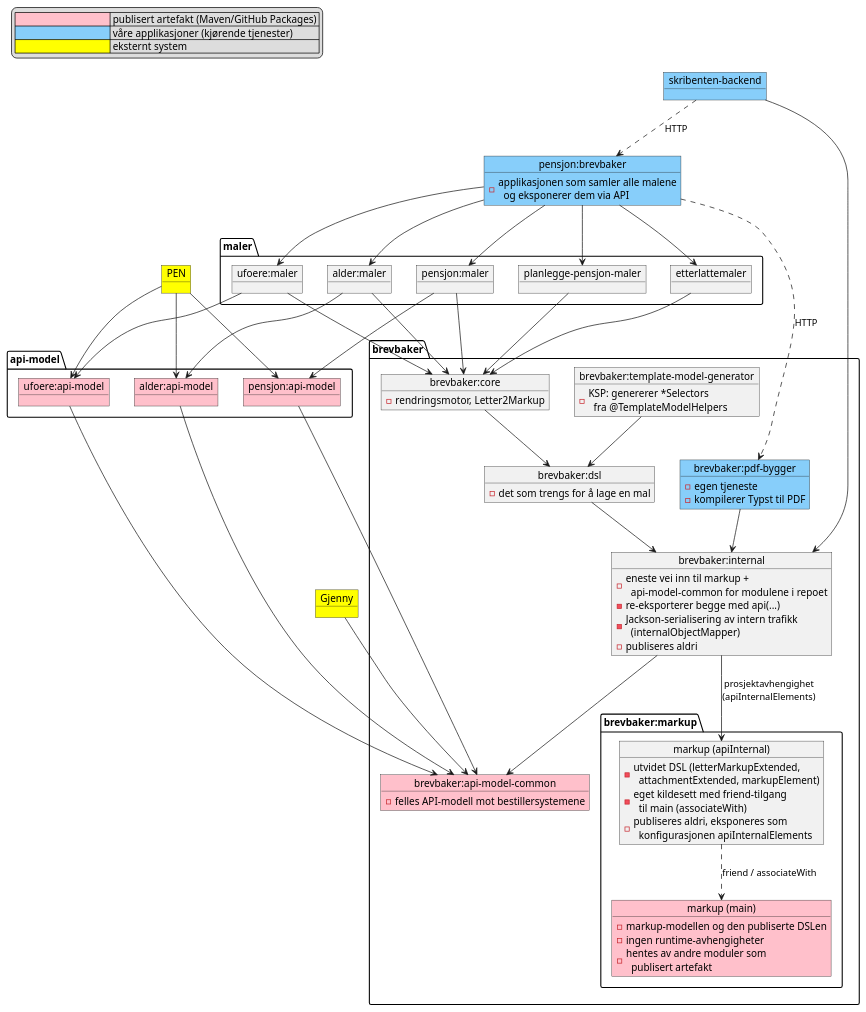
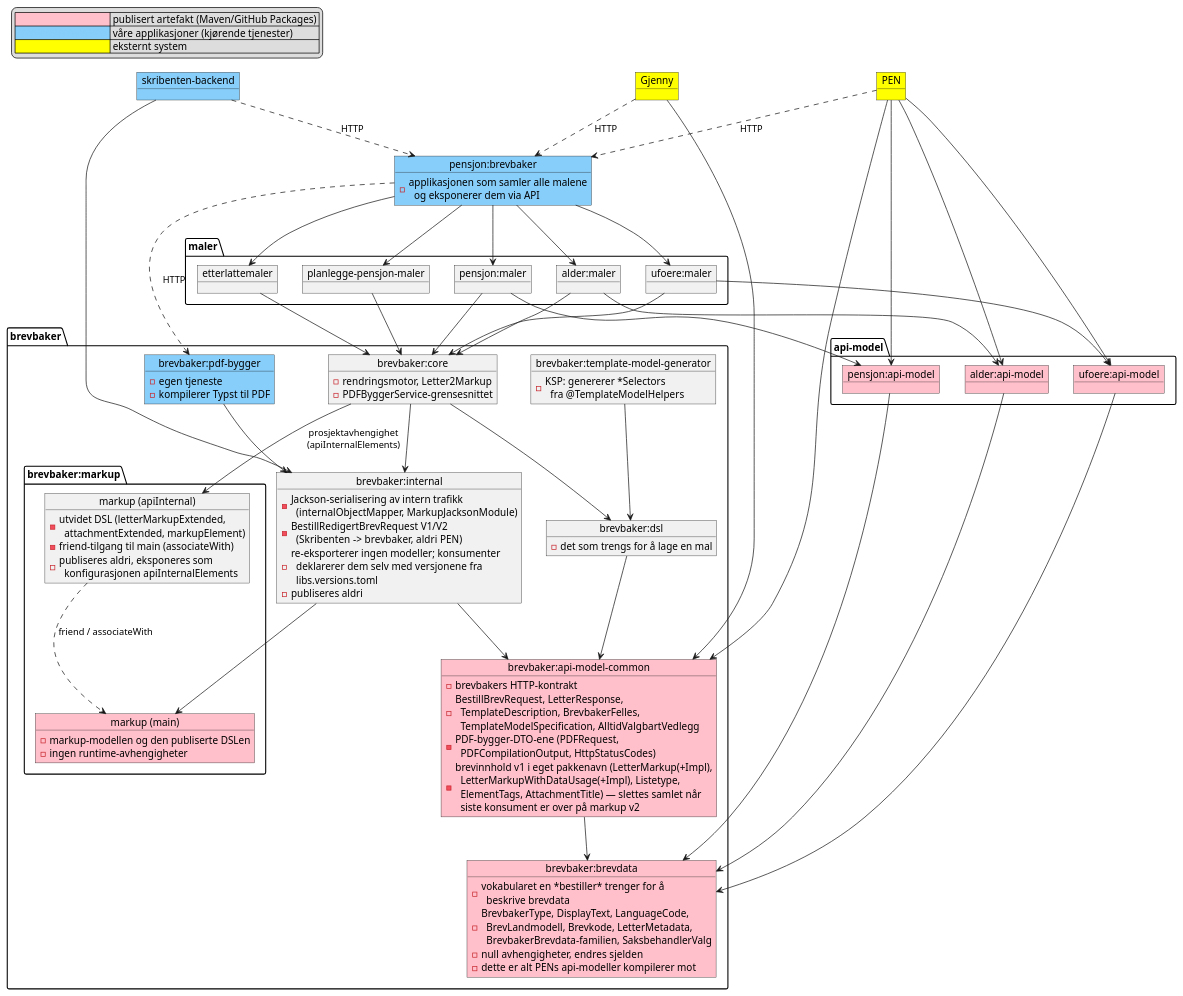
The diagram in docs/modules/ROOT/examples/moduldiagram.puml (navikt/pensjonsbrev), drawn with PlantUML before and after one commit. The commit also changed 30 other files, not shown here.

```diff
--- a/docs/modules/ROOT/examples/moduldiagram.puml
+++ b/docs/modules/ROOT/examples/moduldiagram.puml
@@ -1,106 +1,123 @@
 @startuml
 
 legend top left
   |<#pink><color:#pink>WWWWWWWWWW</color> | publisert artefakt (Maven/GitHub Packages) |
   |<#lightskyblue><color:#lightskyblue>WWWWWWWWWW</color> | våre applikasjoner (kjørende tjenester) |
   |<#yellow><color:#yellow>WWWWWWWWWW</color> | eksternt system |
 endlegend
 
 package "brevbaker" {
+
+  object "brevbaker:brevdata" as brevdata #pink
+  brevdata : - vokabularet en *bestiller* trenger for å\n  beskrive brevdata
+  brevdata : - BrevbakerType, DisplayText, LanguageCode,\n  BrevLandmodell, Brevkode, LetterMetadata,\n  BrevbakerBrevdata-familien, SaksbehandlerValg
+  brevdata : - null avhengigheter, endres sjelden
+  brevdata : - dette er alt PENs api-modeller kompilerer mot
+
+  object "brevbaker:api-model-common" as modelcommon #pink
+  modelcommon : - brevbakers HTTP-kontrakt
+  modelcommon : - BestillBrevRequest, LetterResponse,\n  TemplateDescription, BrevbakerFelles,\n  TemplateModelSpecification, AlltidValgbartVedlegg
+  modelcommon : - PDF-bygger-DTO-ene (PDFRequest,\n  PDFCompilationOutput, HttpStatusCodes)
+  modelcommon : - brevinnhold v1 i eget pakkenavn (LetterMarkup(+Impl),\n  LetterMarkupWithDataUsage(+Impl), Listetype,\n  ElementTags, AttachmentTitle) — slettes samlet når\n  siste konsument er over på markup v2
+
   package "brevbaker:markup" {
     object "markup (main)" as markup #pink
     markup : - markup-modellen og den publiserte DSLen
     markup : - ingen runtime-avhengigheter
-    markup : - hentes av andre moduler som\n  publisert artefakt
 
     object "markup (apiInternal)" as markupInternal
     markupInternal : - utvidet DSL (letterMarkupExtended,\n  attachmentExtended, markupElement)
-    markupInternal : - eget kildesett med friend-tilgang\n  til main (associateWith)
+    markupInternal : - friend-tilgang til main (associateWith)
     markupInternal : - publiseres aldri, eksponeres som\n  konfigurasjonen apiInternalElements
   }
 
-  object "brevbaker:api-model-common" as modelcommon #pink
-  modelcommon : - felles API-modell mot bestillersystemene
-
   object "brevbaker:internal" as internal
-  internal : - eneste vei inn til markup +\n  api-model-common for modulene i repoet
-  internal : - re-eksporterer begge med api(...)
-  internal : - Jackson-serialisering av intern trafikk\n  (internalObjectMapper)
+  internal : - Jackson-serialisering av intern trafikk\n  (internalObjectMapper, MarkupJacksonModule)
+  internal : - BestillRedigertBrevRequest V1/V2\n  (Skribenten -> brevbaker, aldri PEN)
+  internal : - re-eksporterer ingen modeller; konsumenter\n  deklarerer dem selv med versjonene fra\n  libs.versions.toml
   internal : - publiseres aldri
 
   object "brevbaker:dsl" as dsl
   dsl : - det som trengs for å lage en mal
 
   object "brevbaker:core" as core
   core : - rendringsmotor, Letter2Markup
+  core : - PDFByggerService-grensesnittet
 
   object "brevbaker:template-model-generator" as tmg
   tmg : - KSP: genererer *Selectors\n  fra @TemplateModelHelpers
 
   object "brevbaker:pdf-bygger" as pdfbygger #lightskyblue
   pdfbygger : - egen tjeneste
   pdfbygger : - kompilerer Typst til PDF
 }
 
 package "maler" {
   object "pensjon:maler" as pensjonsmalene
   object "alder:maler" as aldersmalene
   object "ufoere:maler" as ufoeremalene
   object "etterlattemaler" as etterlatte
   object "planlegge-pensjon-maler" as planlegge
 }
 
 package "api-model" {
   object "pensjon:api-model" as pensjonapimodel #pink
   object "alder:api-model" as alderapimodel #pink
   object "ufoere:api-model" as ufoereapimodel #pink
 }
 
 object "pensjon:brevbaker" as brevbakerApp #lightskyblue
 brevbakerApp : - applikasjonen som samler alle malene\n  og eksponerer dem via API
 
 object "skribenten-backend" as skribenten #lightskyblue
 object PEN #yellow
 object Gjenny #yellow
 
 ' brevbaker-modulene
-internal --> markupInternal : prosjektavhengighet\n(apiInternalElements)
 markupInternal ..> markup : friend / associateWith
+modelcommon --> brevdata
 internal --> modelcommon
-dsl --> internal
+internal --> markup
+dsl --> modelcommon
 core --> dsl
+core --> internal
+core --> markupInternal : prosjektavhengighet\n(apiInternalElements)
 tmg --> dsl
 pdfbygger --> internal
 
 ' malmoduler
 pensjonsmalene --> core
 aldersmalene --> core
 ufoeremalene --> core
 etterlatte --> core
 planlegge --> core
 
 pensjonsmalene --> pensjonapimodel
 aldersmalene --> alderapimodel
 ufoeremalene --> ufoereapimodel
 
-pensjonapimodel --> modelcommon
-alderapimodel --> modelcommon
-ufoereapimodel --> modelcommon
+pensjonapimodel --> brevdata
+alderapimodel --> brevdata
+ufoereapimodel --> brevdata
 
 ' applikasjonen
 brevbakerApp --> pensjonsmalene
 brevbakerApp --> aldersmalene
 brevbakerApp --> ufoeremalene
 brevbakerApp --> etterlatte
 brevbakerApp --> planlegge
 brevbakerApp ..> pdfbygger : HTTP
+PEN ..> brevbakerApp : HTTP
+Gjenny ..> brevbakerApp : HTTP
+skribenten ..> brevbakerApp : HTTP
+
 
 ' konsumenter
 skribenten --> internal
-skribenten ..> brevbakerApp : HTTP
 PEN --> pensjonapimodel
 PEN --> alderapimodel
 PEN --> ufoereapimodel
+PEN --> modelcommon
 Gjenny --> modelcommon
 
 @enduml
```
